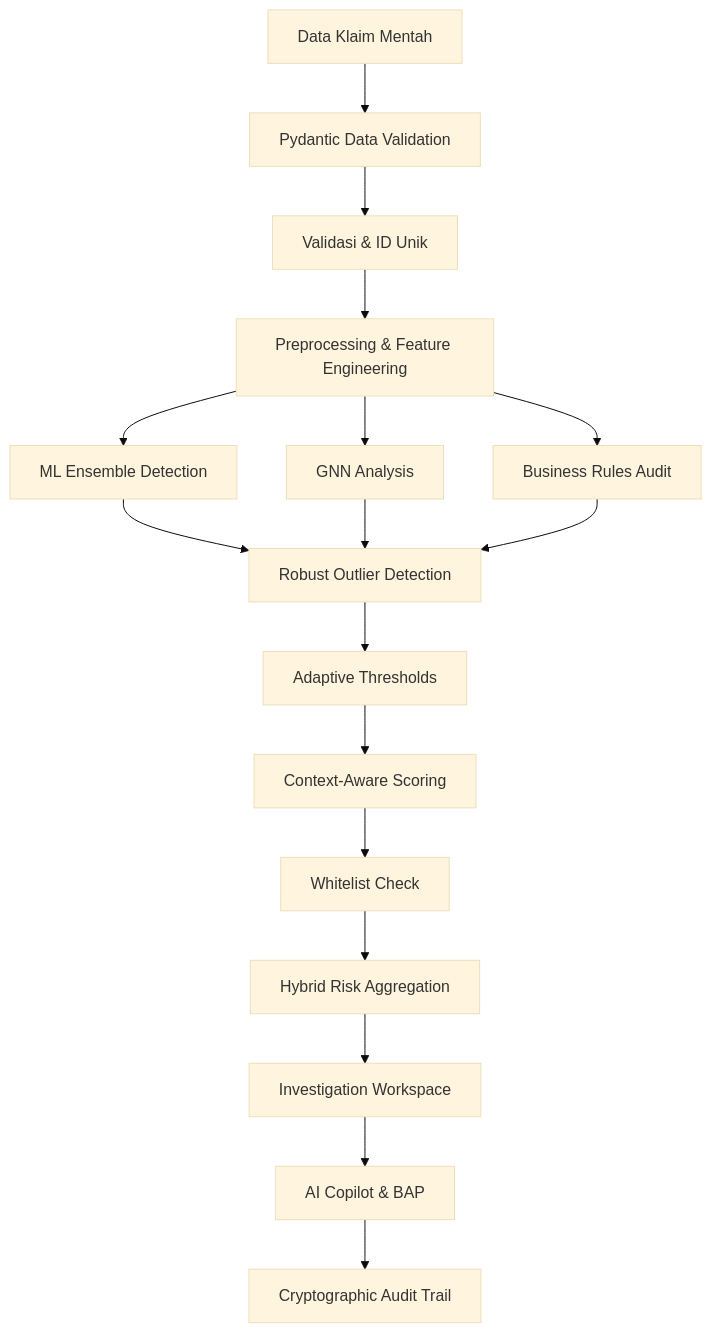
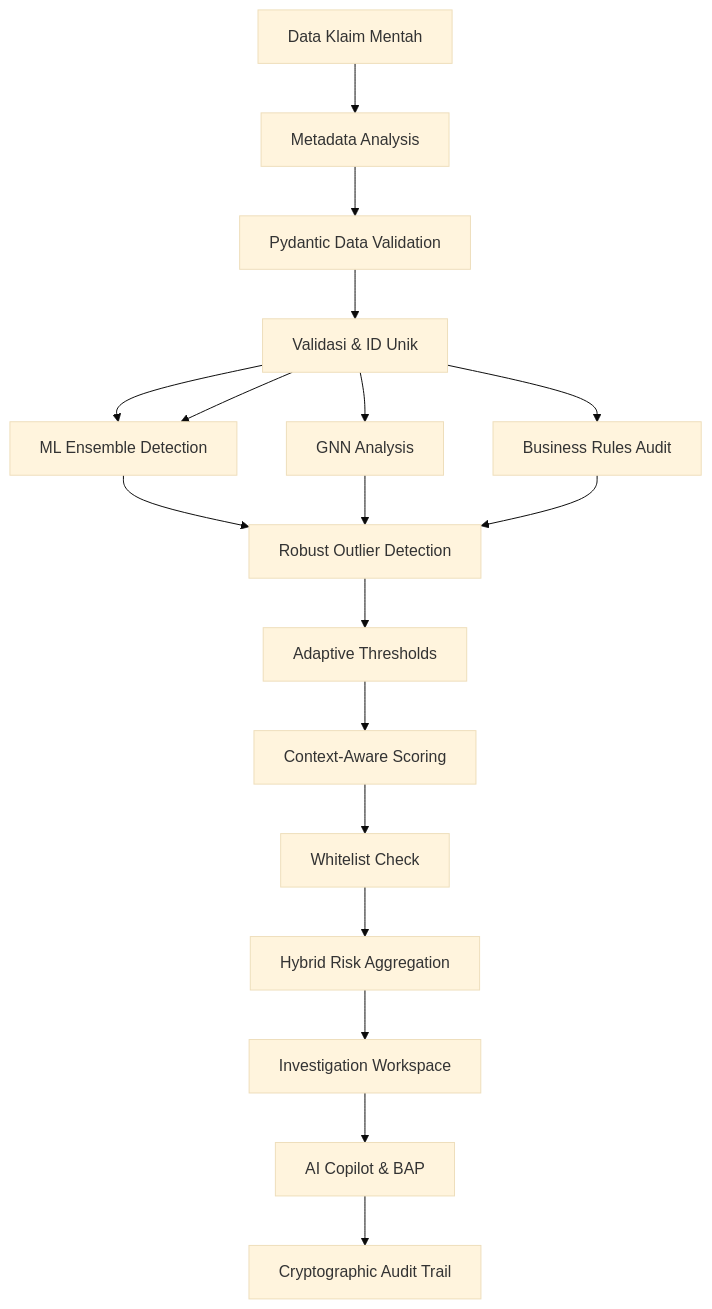
Before and after one commit to RadenAaKoesoemaWijaya/project-Graphnet: the diagram in README.md, drawn with Mermaid (base theme). The commit also changed other lines of this file and 6 other files, not shown here.

Commit message:
modified:   README.md 	modified:   fraud_risk_pipeline.py 	modified:   large_file_processor.py 	new file:   metadata_analyzer.py 	modified:   preprocessing_optimized.py 	modified:   ui/pages/data_collection.py 	modified:   ui/pages/detection.py

````diff
--- a/README.md
+++ b/README.md
@@ -319,19 +344,20 @@
 ```mermaid
 flowchart TD
-    A[Data Klaim Mentah] --> B[Pydantic Data Validation]
-    B --> C[Validasi & ID Unik]
-    C --> D[Preprocessing & Feature Engineering]
+    A[Data Klaim Mentah] --> B[Metadata Analysis]
+    B --> C[Pydantic Data Validation]
+    C --> D[Validasi & ID Unik]
+    D --> E[Preprocessing & Feature Engineering]
     D --> E[ML Ensemble Detection]
     D --> F[GNN Analysis]
     D --> G[Business Rules Audit]
     E --> H[Robust Outlier Detection]
     F --> H
     G --> H
     H --> I[Adaptive Thresholds]
     I --> J[Context-Aware Scoring]
     J --> K[Whitelist Check]
     K --> L[Hybrid Risk Aggregation]
     L --> M[Investigation Workspace]
     M --> N[AI Copilot & BAP]
     N --> O[Cryptographic Audit Trail]
 ```
````
